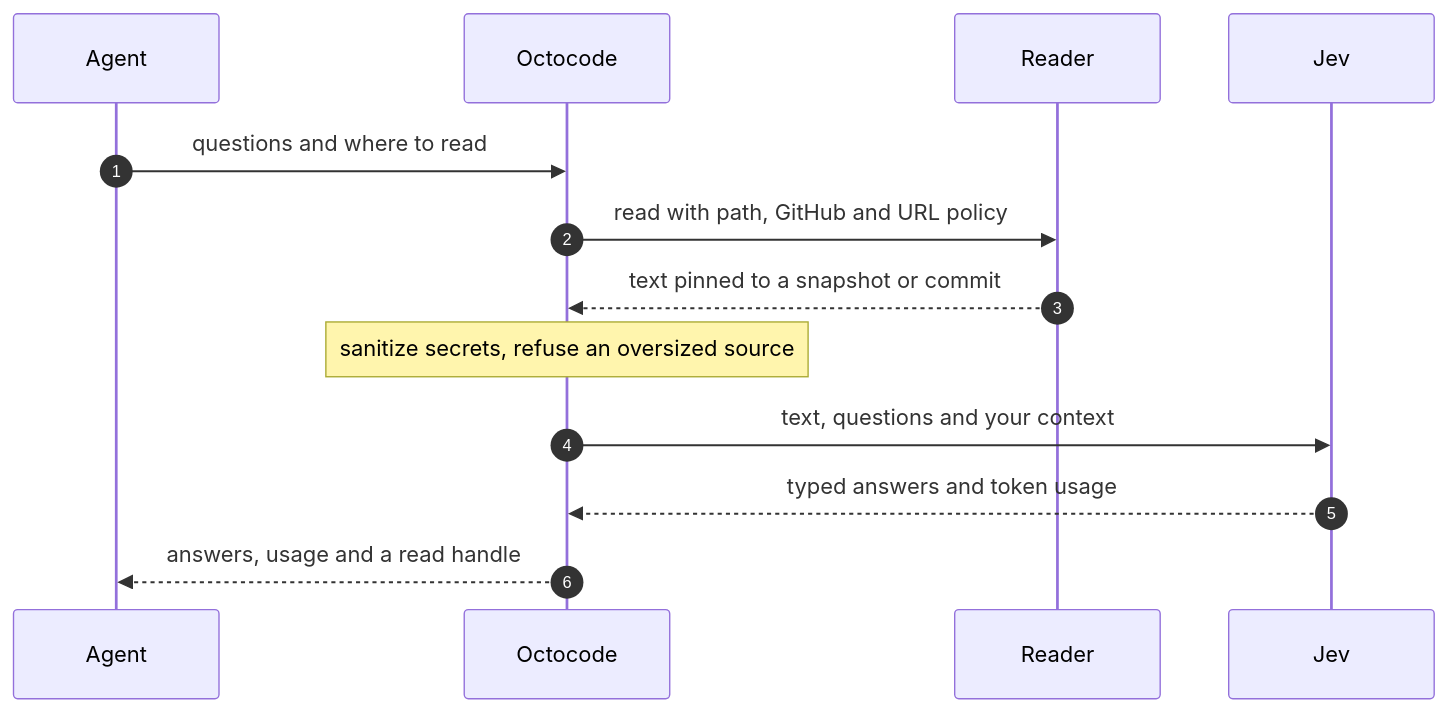
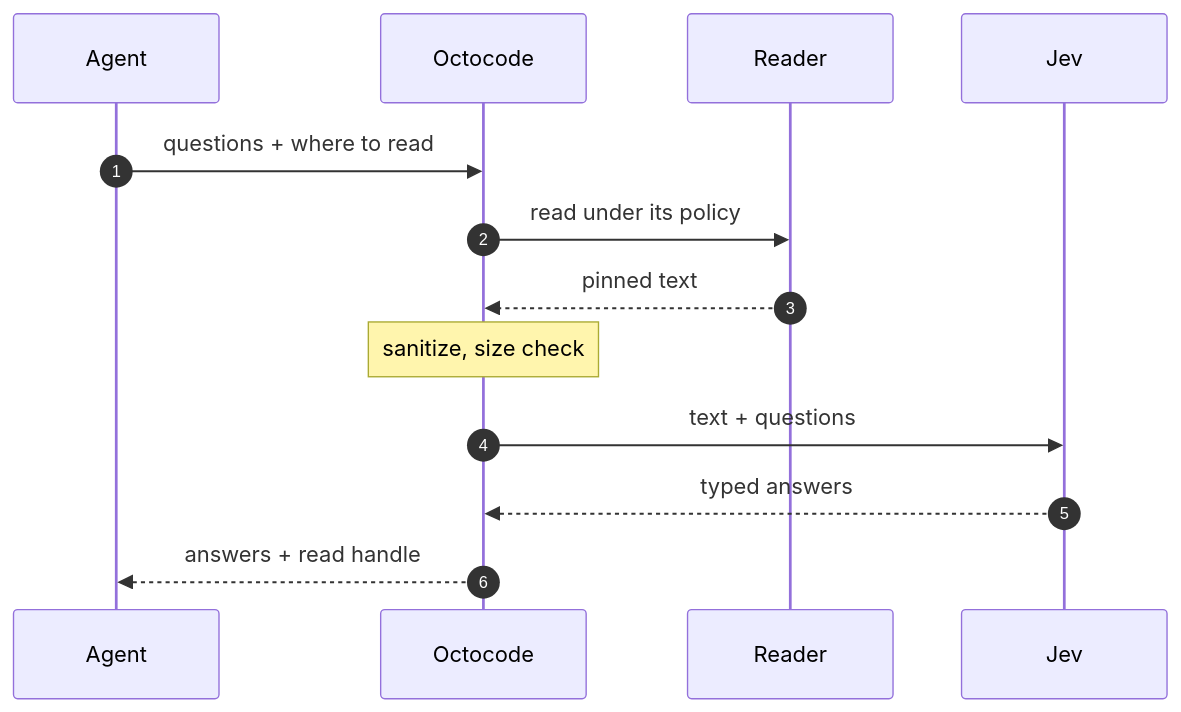
Before and after one commit to bgauryy/octocode: the third of 7 diagrams in docs/OCTOCODE_CLASIFY.md, drawn with Mermaid. The commit also changed other lines of this file and 46 other files, not shown here.

````diff
--- a/docs/OCTOCODE_CLASIFY.md
+++ b/docs/OCTOCODE_CLASIFY.md
@@ -86,17 +86,17 @@
 ```mermaid
 sequenceDiagram
     accTitle: What every classification call does
     accDescr: The agent sends questions and a source locator. Octocode reads the source with its normal reader and policies, sanitizes it, sends text and questions to Jev, and returns typed answers, usage and a read handle.
     autonumber
     participant A as Agent
     participant O as Octocode
     participant R as Reader
     participant J as Jev
-    A->>O: questions and where to read
-    O->>R: read with path, GitHub and URL policy
-    R-->>O: text pinned to a snapshot or commit
-    Note over O: sanitize secrets, refuse an oversized source
-    O->>J: text, questions and your context
-    J-->>O: typed answers and token usage
-    O-->>A: answers, usage and a read handle
+    A->>O: questions + where to read
+    O->>R: read under its policy
+    R-->>O: pinned text
+    Note over O: sanitize, size check
+    O->>J: text + questions
+    J-->>O: typed answers
+    O-->>A: answers + read handle
 ```
````
